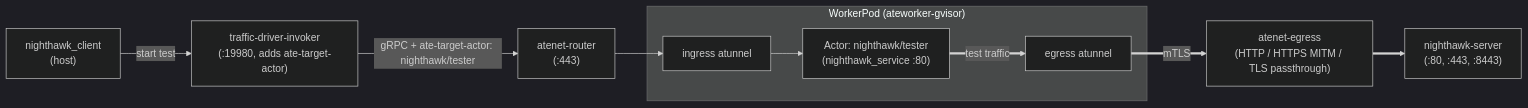
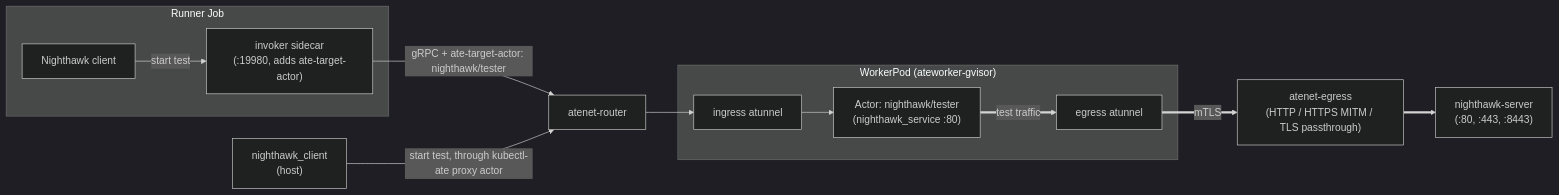
One commit to ygao-g/substrate changed the diagram in benchmarking/nighthawk-egress/README.md. Above: the diagram before and after it, drawn with Mermaid (dark theme). The commit also changed other lines of this file and 4 other files, not shown here.

First line of the commit message:
benchmarking/nighthawk-egress: run the invoker Envoy as a Job sidecar

````diff
--- a/benchmarking/nighthawk-egress/README.md
+++ b/benchmarking/nighthawk-egress/README.md
@@ -7,23 +7,27 @@
 ```mermaid
 flowchart LR
-    client["nighthawk_client<br/>(host)"]
-    invoker["traffic-driver-invoker<br/>(:19980, adds ate-target-actor)"]
-    router["atenet-router<br/>(:443)"]
+    subgraph job["Runner Job"]
+        client["Nighthawk client"]
+        invoker["invoker sidecar<br/>(:19980, adds ate-target-actor)"]
+    end
+    host["nighthawk_client<br/>(host)"]
+    router["atenet-router"]
 
     subgraph worker["WorkerPod (ateworker-gvisor)"]
         atunnel-ingress["ingress atunnel"]
         actor["Actor: nighthawk/tester<br/>(nighthawk_service :80)"]
         atunnel-egress["egress atunnel"]
     end
 
     egress["atenet-egress<br/>(HTTP / HTTPS MITM / TLS passthrough)"]
     server["nighthawk-server<br/>(:80, :443, :8443)"]
 
     client -->|"start test"| invoker
     invoker -->|"gRPC + ate-target-actor: nighthawk/tester"| router
+    host -->|"start test, through kubectl-ate proxy actor"| router
     router --> atunnel-ingress
     atunnel-ingress --> actor
     actor ==>|"test traffic"| atunnel-egress
     atunnel-egress ==>|"mTLS"| egress
     egress ==> server
 ```
````
